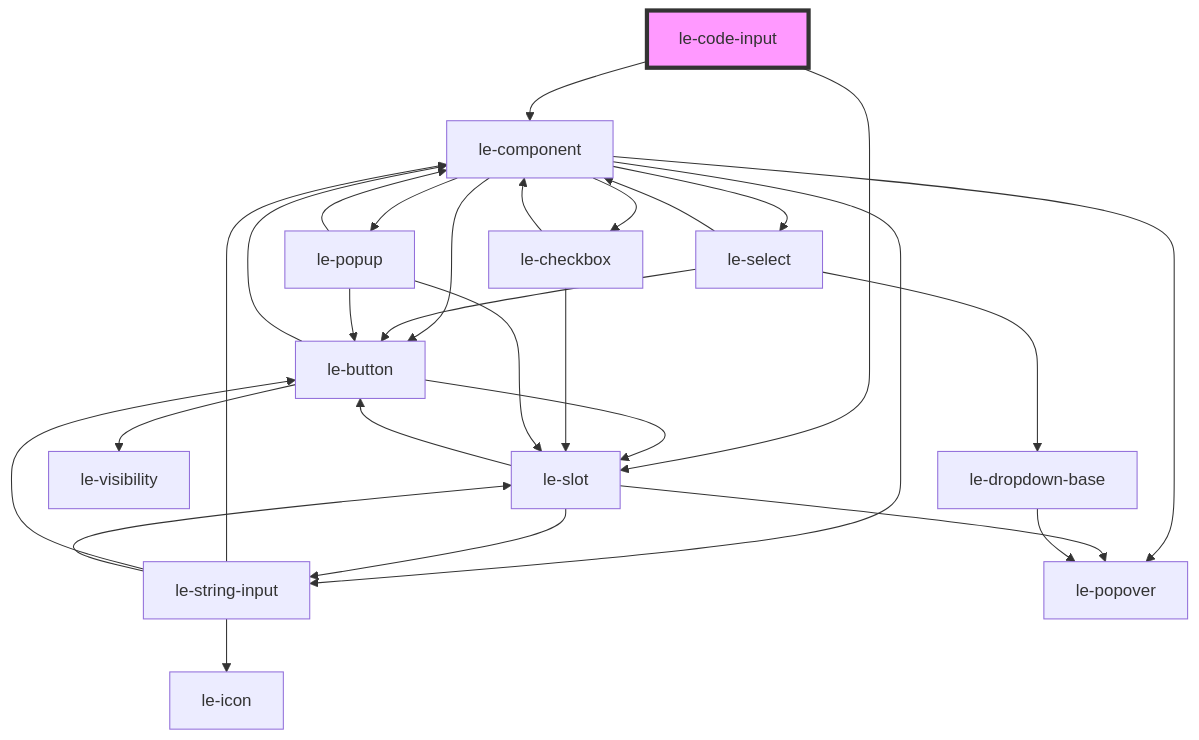
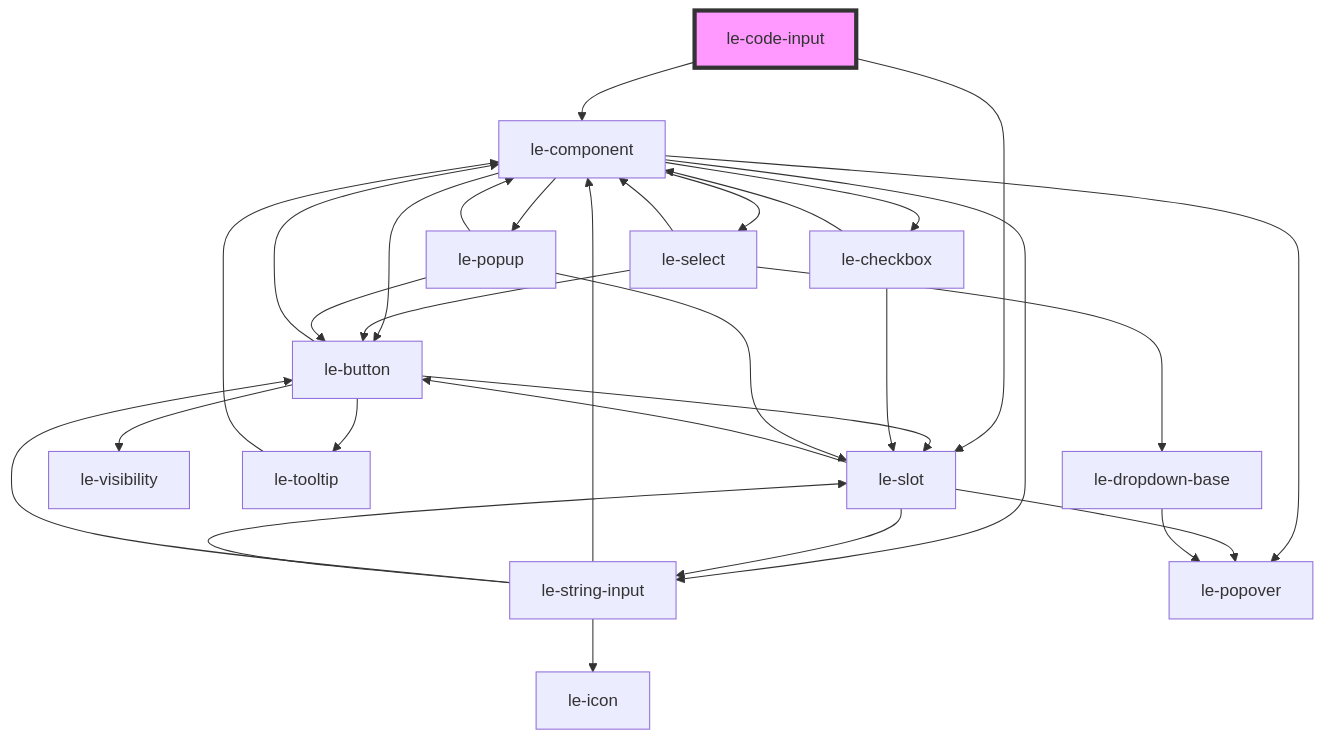
One commit to leechy/le-kit changed the diagram in packages/core/src/components/le-code-input/readme.md. Above: the diagram before and after it, drawn with Mermaid. The commit also changed 37 other files, not shown here.

Commit message:
Add tooltip property to <le-button> to be able to display hints for the icon-only buttons

````diff
--- a/packages/core/src/components/le-code-input/readme.md
+++ b/packages/core/src/components/le-code-input/readme.md
@@ -54,31 +54,33 @@
 ```mermaid
 graph TD;
   le-code-input --> le-component
   le-code-input --> le-slot
   le-component --> le-button
   le-component --> le-select
   le-component --> le-checkbox
   le-component --> le-string-input
   le-component --> le-popover
   le-component --> le-popup
+  le-button --> le-slot
   le-button --> le-visibility
   le-button --> le-component
-  le-button --> le-slot
+  le-button --> le-tooltip
   le-slot --> le-popover
   le-slot --> le-button
   le-slot --> le-string-input
   le-string-input --> le-component
   le-string-input --> le-button
   le-string-input --> le-icon
   le-string-input --> le-slot
+  le-tooltip --> le-component
   le-select --> le-component
   le-select --> le-dropdown-base
   le-select --> le-button
   le-dropdown-base --> le-popover
   le-checkbox --> le-component
   le-checkbox --> le-slot
   le-popup --> le-slot
   le-popup --> le-button
   le-popup --> le-component
   style le-code-input fill:#f9f,stroke:#333,stroke-width:4px
 ```
````
